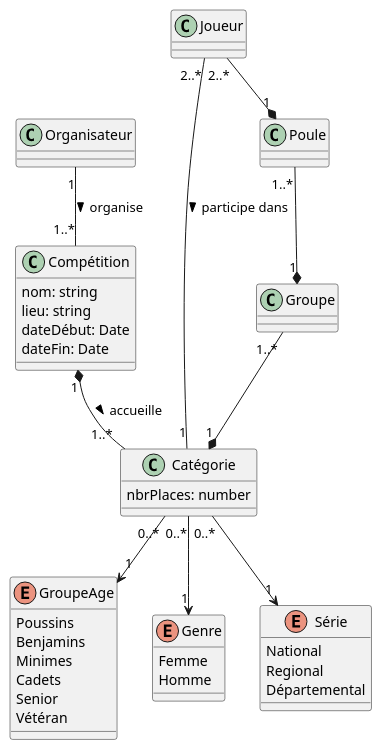
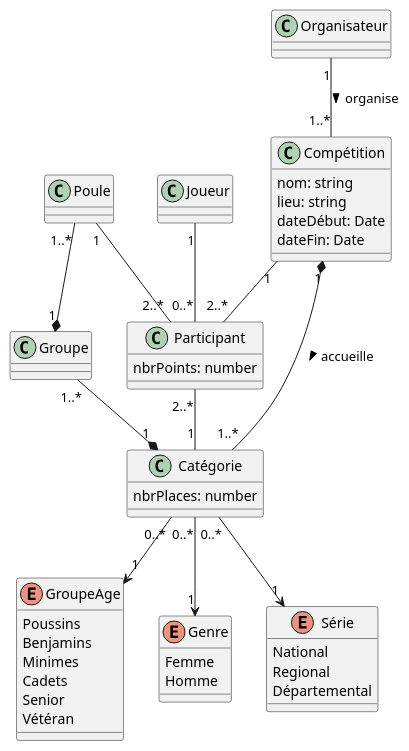
Before and after one commit to sebcourtois/cda-exos-uml-diagrams: the diagram in class_diagrams/13_tournois.puml, drawn with PlantUML. The commit also changed other lines of this file, not shown here.

Commit message:
13_tournois: done

```diff
--- a/class_diagrams/13_tournois.puml
+++ b/class_diagrams/13_tournois.puml
@@ -34,45 +34,51 @@
 @startuml
 enum GroupeAge {
     Poussins
     Benjamins
     Minimes
     Cadets
     Senior
     Vétéran
 }
 enum Genre {
     Femme
     Homme
 }
 enum Série {
     National
     Regional
     Départemental
 }
 class Organisateur {
 }
 class Compétition {
     nom: string
     lieu: string
     dateDébut: Date
     dateFin: Date
 }
 class Catégorie {
     nbrPlaces: number
 }
+class Participant {
+    nbrPoints: number
+}
 
 class Joueur
 class Poule
 class Groupe
 
 Organisateur "1" -- "1..*" Compétition: organise >
 Compétition "1" *-- "1..*" Catégorie: accueille >
 Catégorie "0..*" --> "1" GroupeAge
 Catégorie "0..*" --> "1" Genre
 Catégorie "0..*" --> "1" Série
-Joueur "2..*" -- "1" Catégorie: participe dans >
-Joueur "2..*" --* "1" Poule
 Poule "1..*" --* "1" Groupe
 Groupe "1..*" --* "1" Catégorie
 
+Joueur "1" -- "0..*" Participant
+Compétition "1" -- "2..*" Participant
+Participant "2..*" -- "1" Catégorie
+Poule "1" -- "2..*" Participant
+
 @enduml
```
